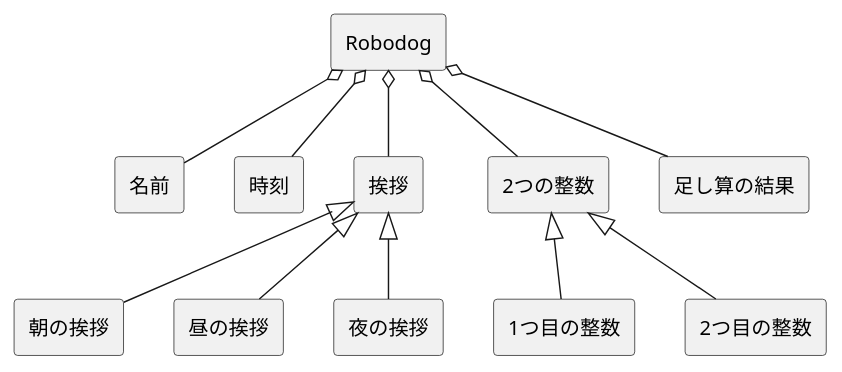
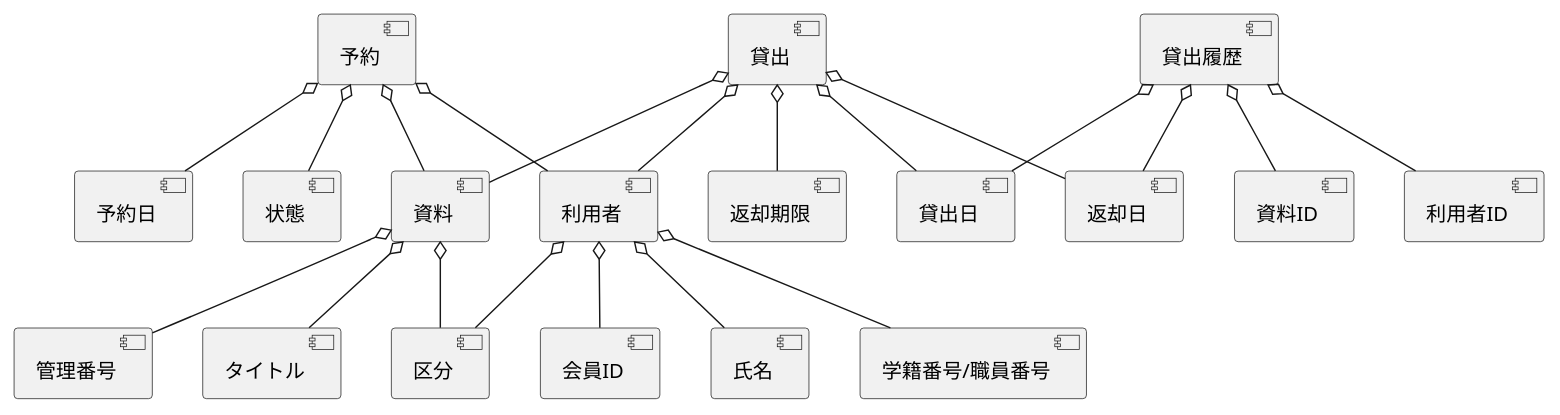
One commit to otsukaasahi/ohara_uml changed the diagram in 06_robo_dog/06_robo_dog/domain.pu. Above: the diagram before and after it, drawn with PlantUML. The commit also changed 9 other files, not shown here.

```diff
--- a/06_robo_dog/06_robo_dog/domain.pu
+++ b/06_robo_dog/06_robo_dog/domain.pu
@@ -1,17 +1,39 @@
-@startuml Robodogドメインモデル図
-skinparam componentStyle rectangle
+@startuml
+' 図書館システム
 
-' Robodog
-[Robodog] o-- [名前]
-[Robodog] o-- [時刻]
-[Robodog] o-- [挨拶]
-[Robodog] o-- [2つの整数]
-[Robodog] o-- [足し算の結果]
+' 利用者
+' 会員ID, 氏名, 区分（学生/教職員）, 学籍番号/職員番号
+[利用者] o-- [会員ID]
+[利用者] o-- [氏名]
+[利用者] o-- [区分]
+[利用者] o-- [学籍番号/職員番号]
 
-[挨拶] <|-- [朝の挨拶]
-[挨拶] <|-- [昼の挨拶]
-[挨拶] <|-- [夜の挨拶]
-[2つの整数] <|-- [1つ目の整数]
-[2つの整数] <|-- [2つ目の整数]
+' 資料
+' 管理番号, タイトル, 区分（書籍/雑誌）
+[資料] o-- [管理番号]
+[資料] o-- [タイトル]
+[資料] o-- [区分]
+
+' 貸出
+' 貸出日, 返却期限, 返却日
+[貸出] o-- [利用者]
+[貸出] o-- [資料]
+[貸出] o-- [貸出日]
+[貸出] o-- [返却期限]
+[貸出] o-- [返却日]
+
+' 予約
+' 予約日, 状態
+[予約] o-- [利用者]
+[予約] o-- [資料]
+[予約] o-- [予約日]
+[予約] o-- [状態]
+
+' 貸出履歴
+' 利用者ID, 資料ID, 貸出日, 返却日
+[貸出履歴] o-- [利用者ID]
+[貸出履歴] o-- [資料ID]
+[貸出履歴] o-- [貸出日]
+[貸出履歴] o-- [返却日]
 
 @enduml
```
